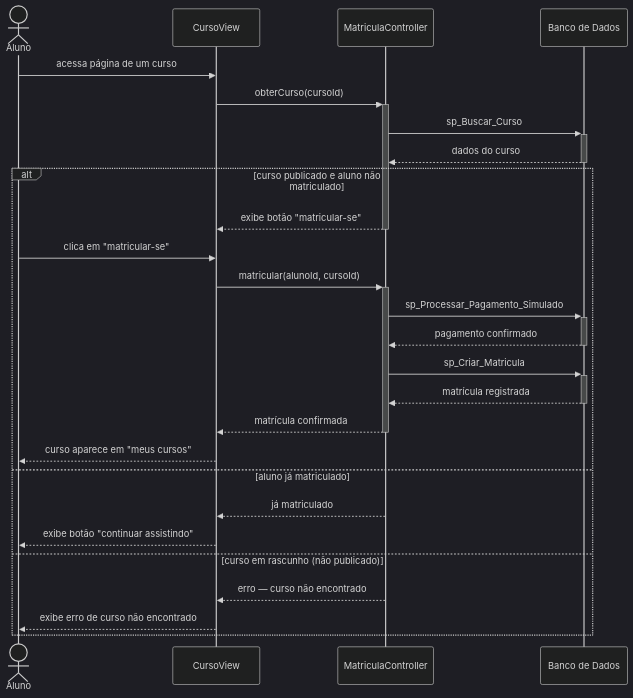
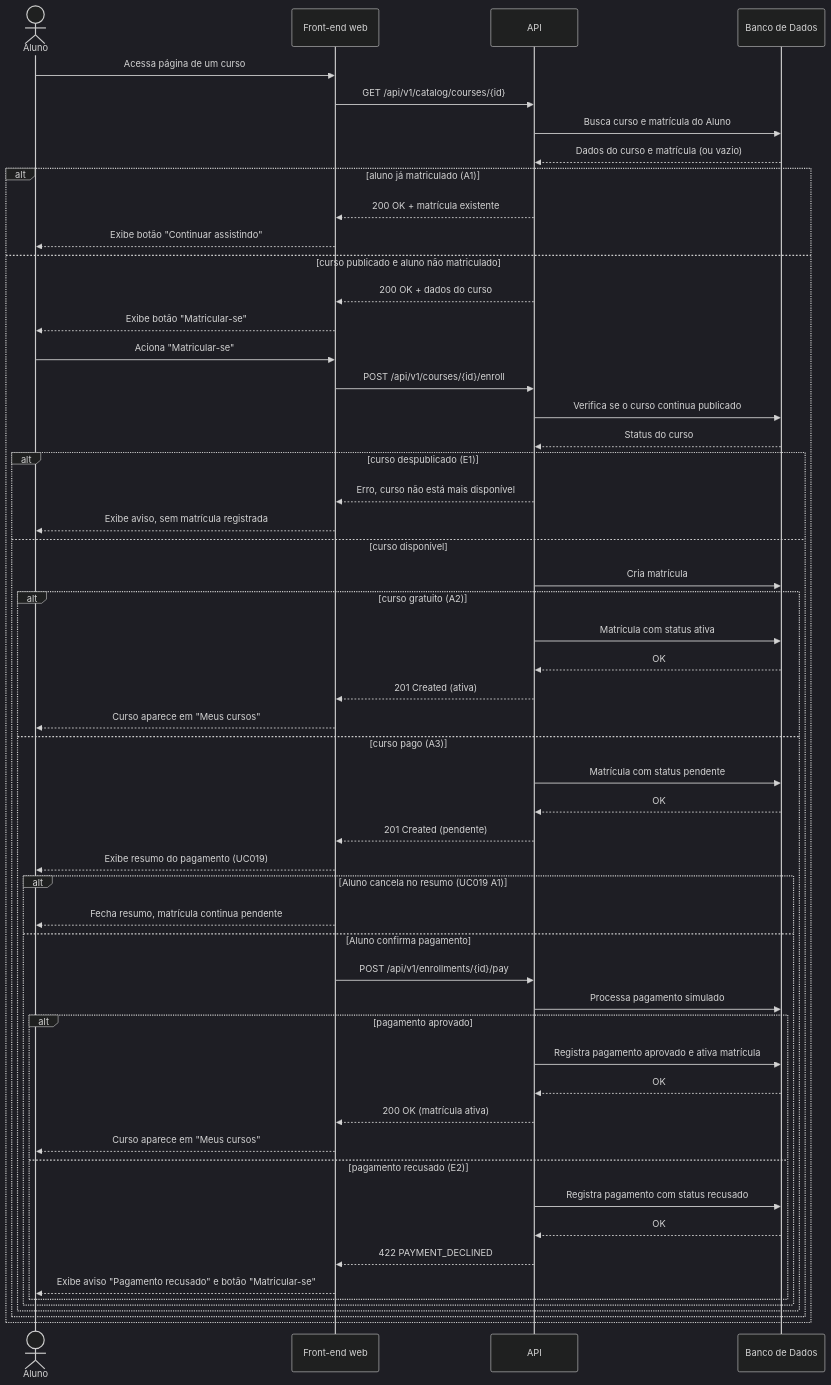
One commit to Plataforma-de-Cursos-TCC/plataforma-cursos-docs changed the diagram in docs/ssd/UC003-matricular-se-em-curso.md. Above: the diagram before and after it, drawn with Mermaid (dark theme). The commit also changed other lines of this file and 17 other files, not shown here.

````diff
--- a/docs/ssd/UC003-matricular-se-em-curso.md
+++ b/docs/ssd/UC003-matricular-se-em-curso.md
@@ -5,31 +5,57 @@
 ```mermaid
 sequenceDiagram
     actor Aluno
-    participant CursoView
-    participant MatriculaController
-    participant Banco de Dados
+    participant FE as Front-end web
+    participant API
+    participant DB as Banco de Dados
 
-    Aluno->>CursoView: acessa página de um curso
-    CursoView->>+MatriculaController: obterCurso(cursoId)
-    MatriculaController->>+Banco de Dados: sp_Buscar_Curso
-    Banco de Dados-->>-MatriculaController: dados do curso
-    alt curso publicado e aluno não matriculado
-        MatriculaController-->>CursoView: exibe botão "matricular-se"
-        deactivate MatriculaController
-        Aluno->>CursoView: clica em "matricular-se"
-        CursoView->>+MatriculaController: matricular(alunoId, cursoId)
-        MatriculaController->>+Banco de Dados: sp_Processar_Pagamento_Simulado
-        Banco de Dados-->>-MatriculaController: pagamento confirmado
-        MatriculaController->>+Banco de Dados: sp_Criar_Matricula
-        Banco de Dados-->>-MatriculaController: matrícula registrada
-        MatriculaController-->>CursoView: matrícula confirmada
-        deactivate MatriculaController
-        CursoView-->>Aluno: curso aparece em "meus cursos"
-    else aluno já matriculado
-        MatriculaController-->>CursoView: já matriculado
-        CursoView-->>Aluno: exibe botão "continuar assistindo"
-    else curso em rascunho (não publicado)
-        MatriculaController-->>CursoView: erro — curso não encontrado
-        CursoView-->>Aluno: exibe erro de curso não encontrado
+    Aluno->>FE: Acessa página de um curso
+    FE->>API: GET /api/v1/catalog/courses/{id}
+    API->>DB: Busca curso e matrícula do Aluno
+    DB-->>API: Dados do curso e matrícula (ou vazio)
+    alt aluno já matriculado (A1)
+        API-->>FE: 200 OK + matrícula existente
+        FE-->>Aluno: Exibe botão "Continuar assistindo"
+    else curso publicado e aluno não matriculado
+        API-->>FE: 200 OK + dados do curso
+        FE-->>Aluno: Exibe botão "Matricular-se"
+        Aluno->>FE: Aciona "Matricular-se"
+        FE->>API: POST /api/v1/courses/{id}/enroll
+        API->>DB: Verifica se o curso continua publicado
+        DB-->>API: Status do curso
+        alt curso despublicado (E1)
+            API-->>FE: Erro, curso não está mais disponível
+            FE-->>Aluno: Exibe aviso, sem matrícula registrada
+        else curso disponível
+            API->>DB: Cria matrícula
+            alt curso gratuito (A2)
+                API->>DB: Matrícula com status ativa
+                DB-->>API: OK
+                API-->>FE: 201 Created (ativa)
+                FE-->>Aluno: Curso aparece em "Meus cursos"
+            else curso pago (A3)
+                API->>DB: Matrícula com status pendente
+                DB-->>API: OK
+                API-->>FE: 201 Created (pendente)
+                FE-->>Aluno: Exibe resumo do pagamento (UC019)
+                alt Aluno cancela no resumo (UC019 A1)
+                    FE-->>Aluno: Fecha resumo, matrícula continua pendente
+                else Aluno confirma pagamento
+                    FE->>API: POST /api/v1/enrollments/{id}/pay
+                    API->>DB: Processa pagamento simulado
+                    alt pagamento aprovado
+                        API->>DB: Registra pagamento aprovado e ativa matrícula
+                        DB-->>API: OK
+                        API-->>FE: 200 OK (matrícula ativa)
+                        FE-->>Aluno: Curso aparece em "Meus cursos"
+                    else pagamento recusado (E2)
+                        API->>DB: Registra pagamento com status recusado
+                        DB-->>API: OK
+                        API-->>FE: 422 PAYMENT_DECLINED
+                        FE-->>Aluno: Exibe aviso "Pagamento recusado" e botão "Matricular-se"
+                    end
+                end
+            end
+        end
     end
 ```
````
